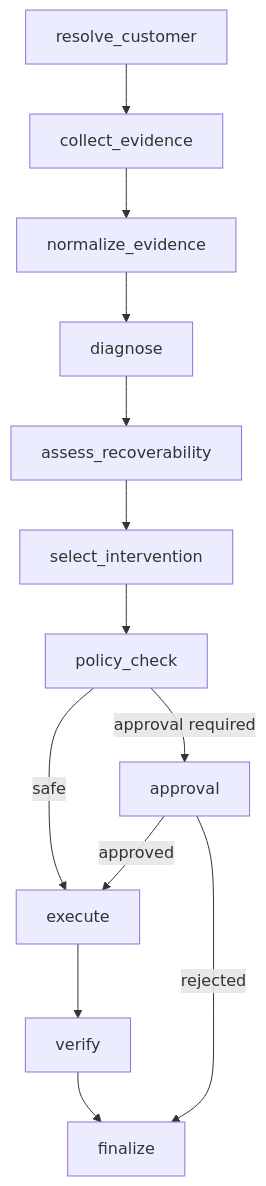
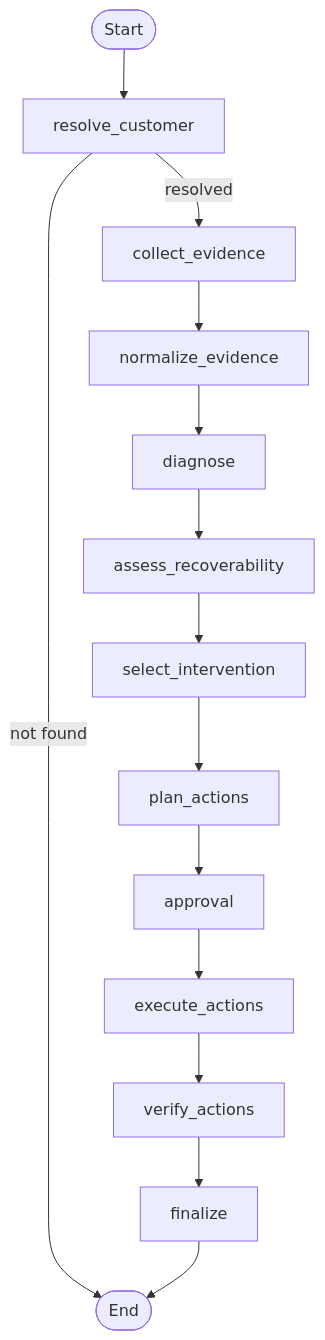
Before and after one commit to Akshun-01/revive: the first of 3 diagrams in LLD.md, drawn with Mermaid. The commit also changed other lines of this file and 7 other files, not shown here.

````diff
--- a/LLD.md
+++ b/LLD.md
@@ -594,30 +284,16 @@
 ```mermaid
 flowchart TD
-    A["resolve_customer"]
-    B["collect_evidence"]
-    C["normalize_evidence"]
-    D["diagnose"]
-    E["assess_recoverability"]
-    F["select_intervention"]
-    G["policy_check"]
-    H["approval"]
-    I["execute"]
-    J["verify"]
-    K["finalize"]
-
-    A --> B
-    B --> C
-    C --> D
-    D --> E
-    E --> F
-    F --> G
-
-    G -->|"safe"| I
-    G -->|"approval required"| H
-
-    H -->|"approved"| I
-    H -->|"rejected"| K
-
-    I --> J
-    J --> K
+    START([Start]) --> A[resolve_customer]
+    A -->|resolved| B[collect_evidence]
+    A -->|not found| Z([End])
+    B --> C[normalize_evidence]
+    C --> D[diagnose]
+    D --> E[assess_recoverability]
+    E --> F[select_intervention]
+    F --> G[plan_actions]
+    G --> H[approval]
+    H --> I[execute_actions]
+    I --> J[verify_actions]
+    J --> K[finalize]
+    K --> Z
 ```
````
